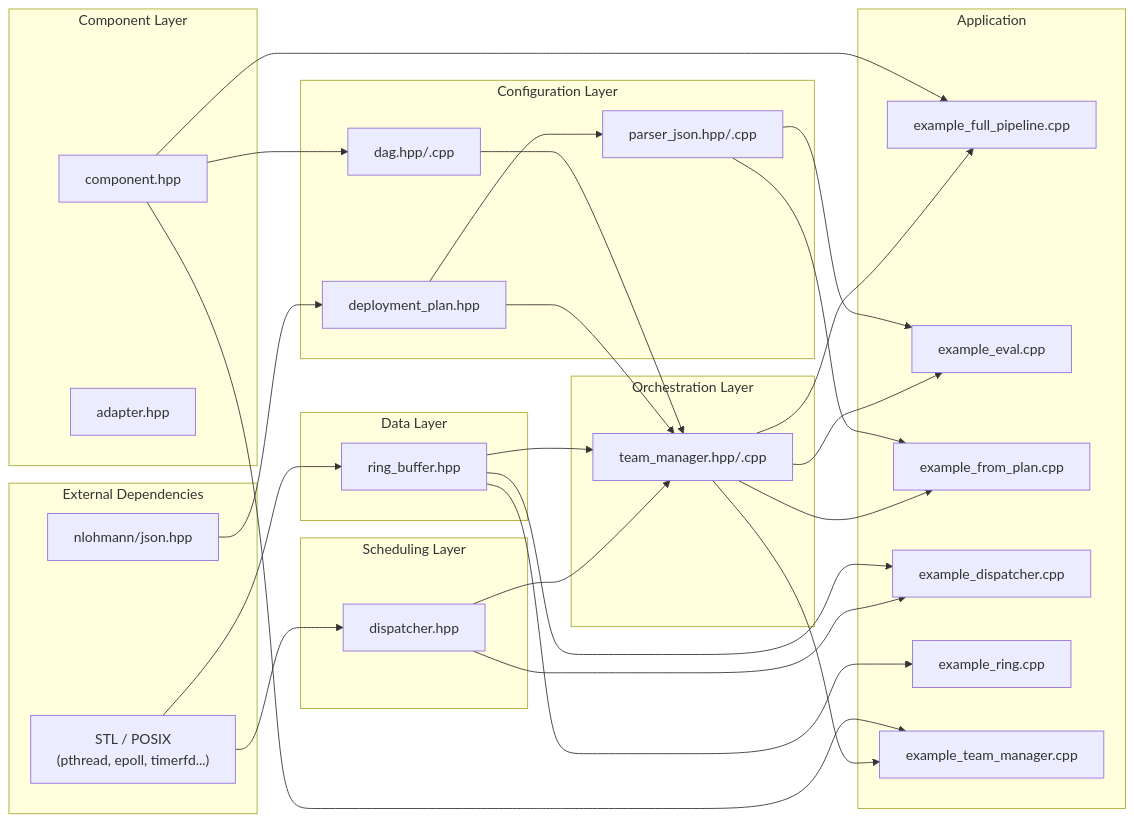
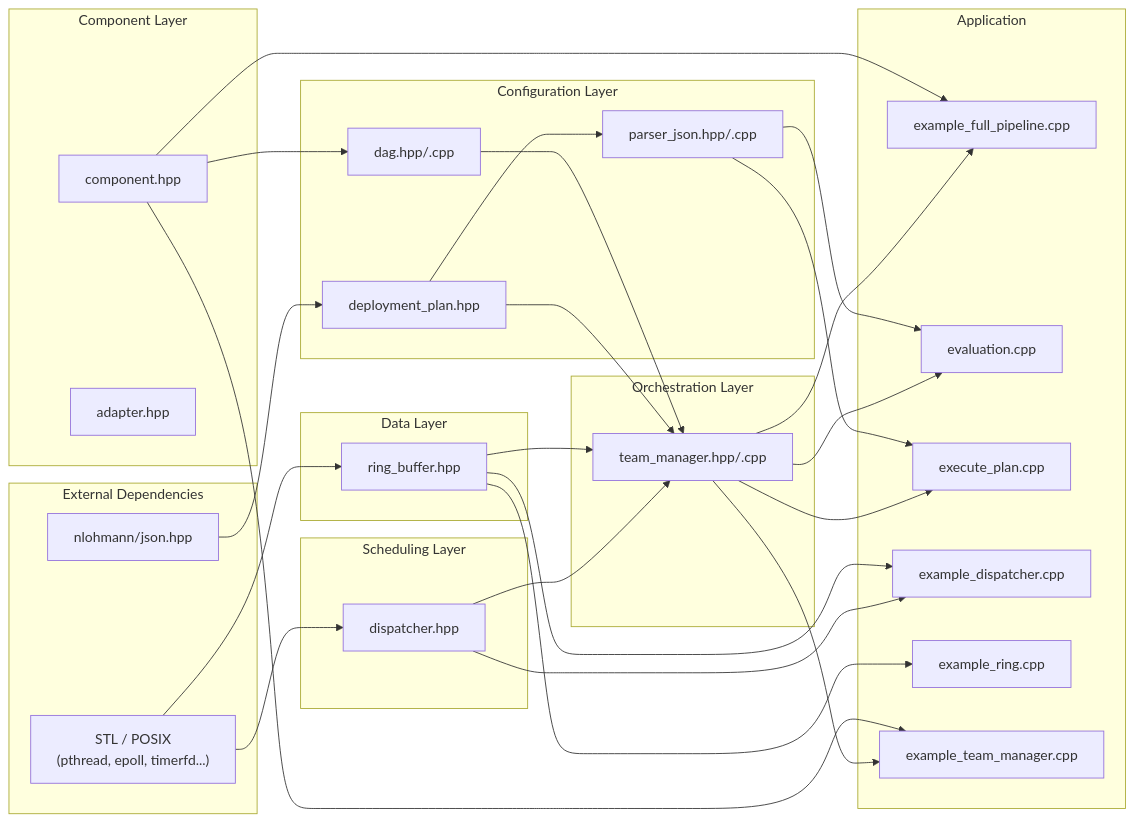
Before and after one commit to Tassany/Real-time-middleware: the first of 14 diagrams in docs/visao-arquitetural.md, drawn with Mermaid. The commit also changed other lines of this file and 14 other files, not shown here.

````diff
--- a/docs/visao-arquitetural.md
+++ b/docs/visao-arquitetural.md
@@ -80,60 +80,60 @@
 ```mermaid
 graph LR
     subgraph ext["External Dependencies"]
         JSON["nlohmann/json.hpp"]
         STD["STL / POSIX\n(pthread, epoll, timerfd...)"]
     end
 
     subgraph cfg["Configuration Layer"]
         DP["deployment_plan.hpp"]
         PJ["parser_json.hpp/.cpp"]
         DAG["dag.hpp/.cpp"]
     end
 
     subgraph cmp["Component Layer"]
         CB["component.hpp"]
         AD["adapter.hpp"]
     end
 
     subgraph dat["Data Layer"]
         RB["ring_buffer.hpp"]
     end
 
     subgraph sched["Scheduling Layer"]
         DISP["dispatcher.hpp"]
     end
 
     subgraph orch["Orchestration Layer"]
         TM["team_manager.hpp/.cpp"]
     end
 
     subgraph app["Application"]
         EX1["example_full_pipeline.cpp"]
-        EX2["example_eval.cpp"]
-        EX3["example_from_plan.cpp"]
+        EX2["evaluation.cpp"]
+        EX3["execute_plan.cpp"]
         EX4["example_dispatcher.cpp"]
         EX5["example_ring.cpp"]
         EX6["example_team_manager.cpp"]
     end
 
     JSON --> DP
     STD --> DISP
     STD --> RB
     DP --> PJ
     CB --> DAG
     DP --> TM
     DAG --> TM
     DISP --> TM
     RB --> TM
     TM --> EX1
     TM --> EX2
     TM --> EX3
     TM --> EX6
     PJ --> EX2
     PJ --> EX3
     DISP --> EX4
     RB --> EX4
     RB --> EX5
     CB --> EX1
     CB --> EX6
 ```
````
